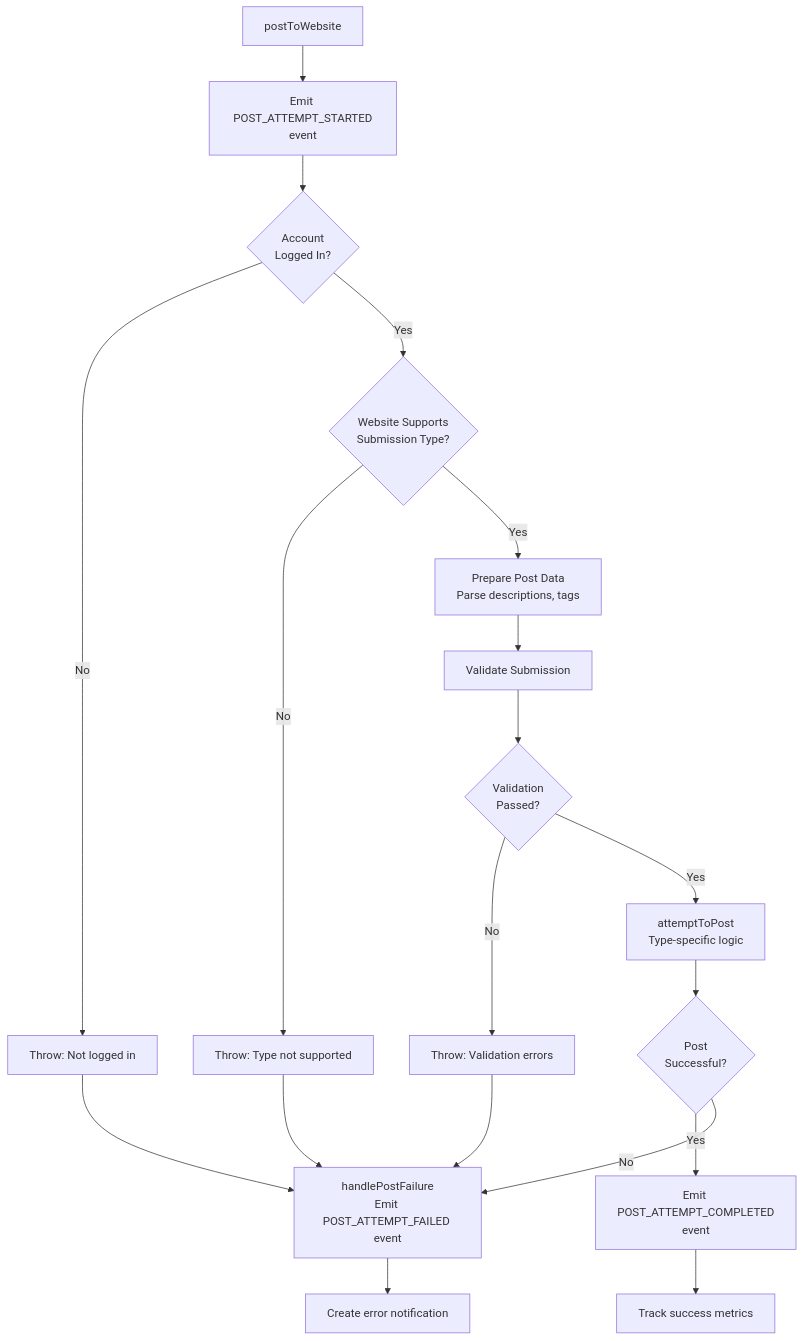
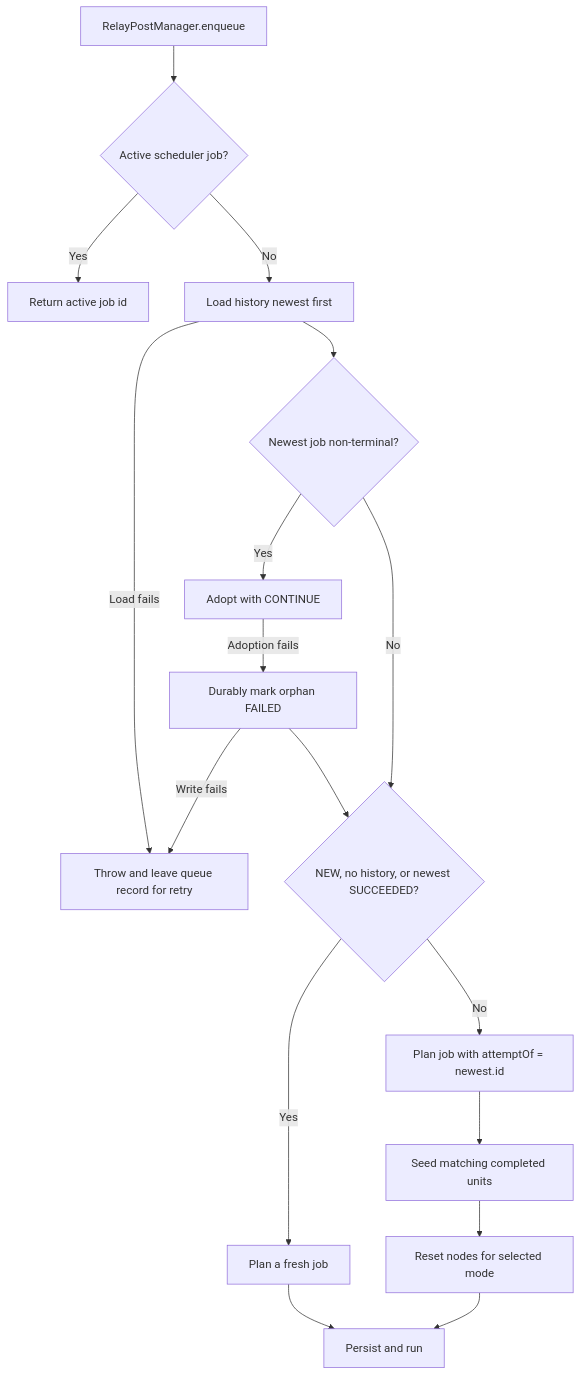
Before and after one commit to mvdicarlo/postybirb: the second of 4 diagrams in docs/POST_QUEUE_FLOWS.md, drawn with Mermaid. The commit also changed other lines of this file and 18 other files, not shown here.

````diff
--- a/docs/POST_QUEUE_FLOWS.md
+++ b/docs/POST_QUEUE_FLOWS.md
@@ -161,30 +40,21 @@
 ```mermaid
 flowchart TD
-    A[postToWebsite] --> B[Emit POST_ATTEMPT_STARTED<br/>event]
+    A[RelayPostManager.enqueue] --> B{Active scheduler job?}
+    B -->|Yes| C[Return active job id]
+    B -->|No| D[Load history newest first]
+    D -->|Load fails| E[Throw and leave queue record for retry]
 
-    B --> C{Account<br/>Logged In?}
-    C -->|No| D[Throw: Not logged in]
+    D --> F{Newest job non-terminal?}
+    F -->|Yes| G[Adopt with CONTINUE]
+    G -->|Adoption fails| H[Durably mark orphan FAILED]
+    H -->|Write fails| E
 
-    C -->|Yes| E{Website Supports<br/>Submission Type?}
-    E -->|No| F[Throw: Type not supported]
-
-    E -->|Yes| G[Prepare Post Data<br/>Parse descriptions, tags]
-    G --> H[Validate Submission]
-
-    H --> I{Validation<br/>Passed?}
-    I -->|No| J[Throw: Validation errors]
-
-    I -->|Yes| K[attemptToPost<br/>Type-specific logic]
-
-    K --> L{Post<br/>Successful?}
-
-    L -->|Yes| M[Emit POST_ATTEMPT_COMPLETED<br/>event]
-    L -->|No| N[handlePostFailure<br/>Emit POST_ATTEMPT_FAILED event]
-
-    M --> O[Track success metrics]
-    N --> P[Create error notification]
-
-    D --> N
-    F --> N
-    J --> N
+    F -->|No| I{NEW, no history, or newest SUCCEEDED?}
+    H --> I
+    I -->|Yes| J[Plan a fresh job]
+    I -->|No| K[Plan job with attemptOf = newest.id]
+    K --> L[Seed matching completed units]
+    L --> M[Reset nodes for selected mode]
+    J --> N[Persist and run]
+    M --> N
 ```
````
